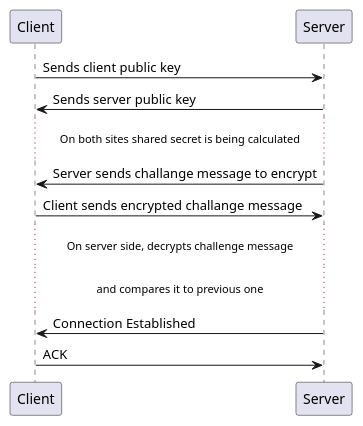
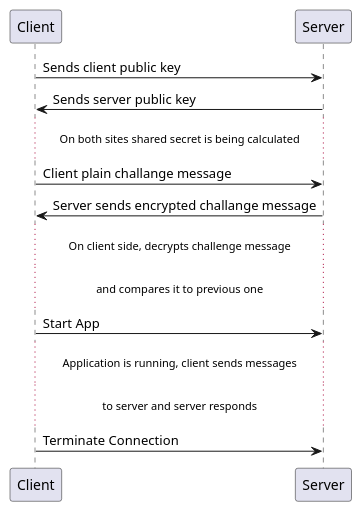
The diagram in design/BasicCommFlow.puml (JOQUR/Hardware-based-password-manager), drawn with PlantUML before and after one commit. The commit also changed 18 other files, not shown here.

```diff
--- a/design/BasicCommFlow.puml
+++ b/design/BasicCommFlow.puml
@@ -1,11 +1,13 @@
 @startuml ss
     Client -> Server: Sends client public key
     Server->Client: Sends server public key
     ...On both sites shared secret is being calculated...
-    Server->Client: Server sends challange message to encrypt
-    Client->Server: Client sends encrypted challange message
-    ...On server side, decrypts challenge message...
+    Client->Server: Client plain challange message
+    Server->Client: Server sends encrypted challange message
+    ...On client side, decrypts challenge message...
     ...and compares it to previous one...
-    Server->Client: Connection Established
-    Client->Server: ACK
+    Client->Server: Start App
+    ...Application is running, client sends messages...
+    ...to server and server responds...
+    Client->Server: Terminate Connection
 @enduml
```
